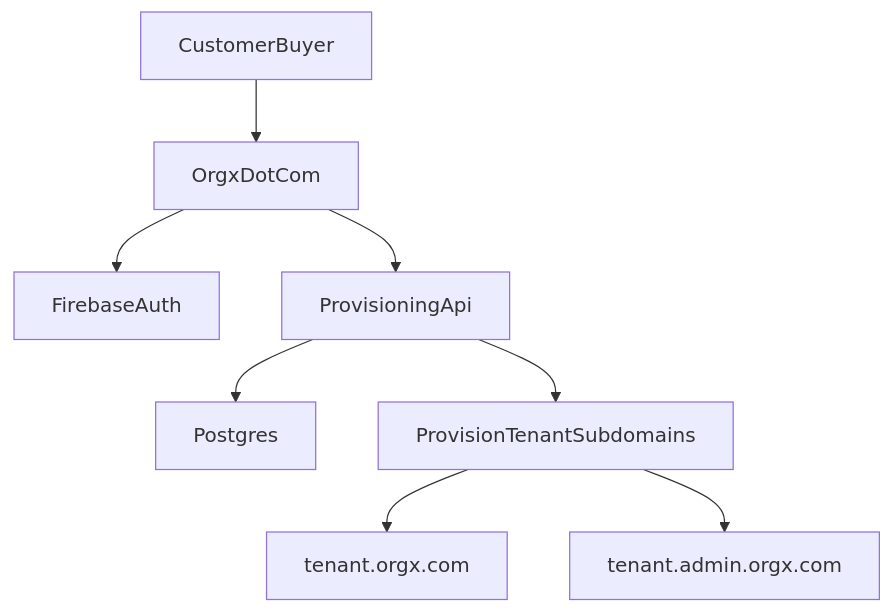
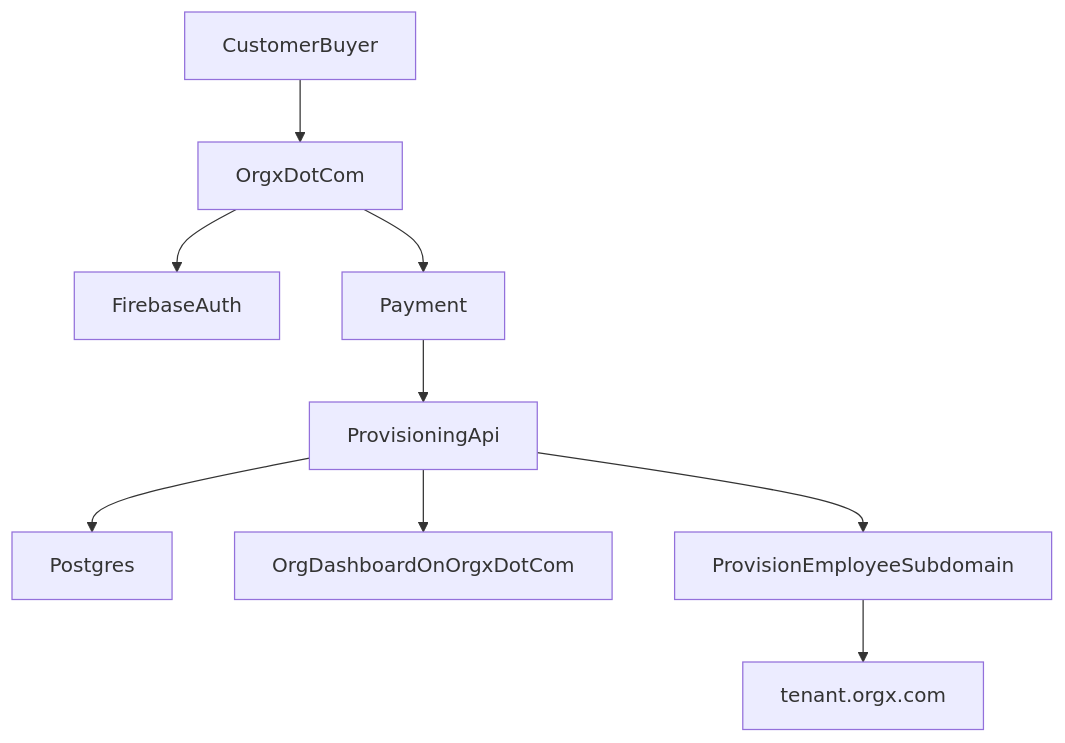
Before and after one commit to Tusharkanta407/Orgx: the third of 6 diagrams in docs/architecture.md, drawn with Mermaid. The commit also changed other lines of this file and 7 other files, not shown here.

````diff
--- a/docs/architecture.md
+++ b/docs/architecture.md
@@ -170,10 +169,11 @@
 ```mermaid
 flowchart TD
   buyer[CustomerBuyer] --> publicWeb[OrgxDotCom]
   publicWeb --> firebase[FirebaseAuth]
-  publicWeb --> api[ProvisioningApi]
+  publicWeb --> payment[Payment]
+  payment --> api[ProvisioningApi]
   api --> postgres[Postgres]
-  api --> tenant[ProvisionTenantSubdomains]
+  api --> dashboard[OrgDashboardOnOrgxDotCom]
+  api --> tenant[ProvisionEmployeeSubdomain]
   tenant --> employeeHost["tenant.orgx.com"]
-  tenant --> adminHost["tenant.admin.orgx.com"]
 ```
````
